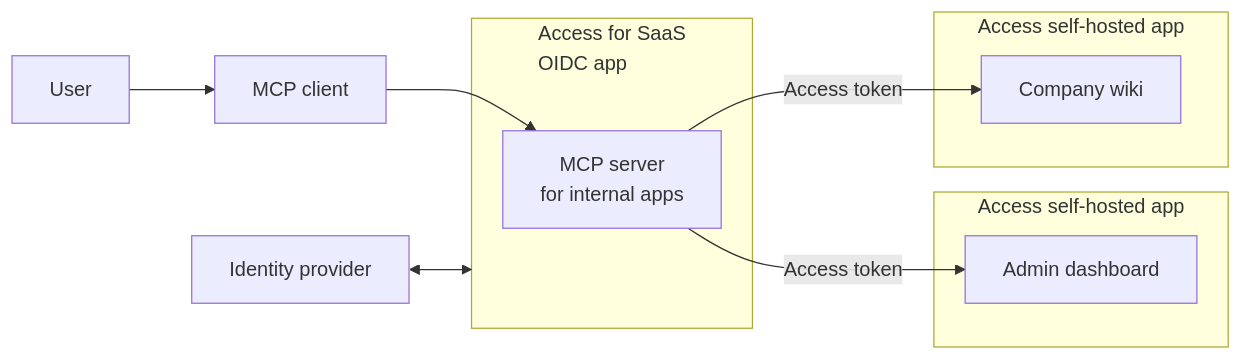
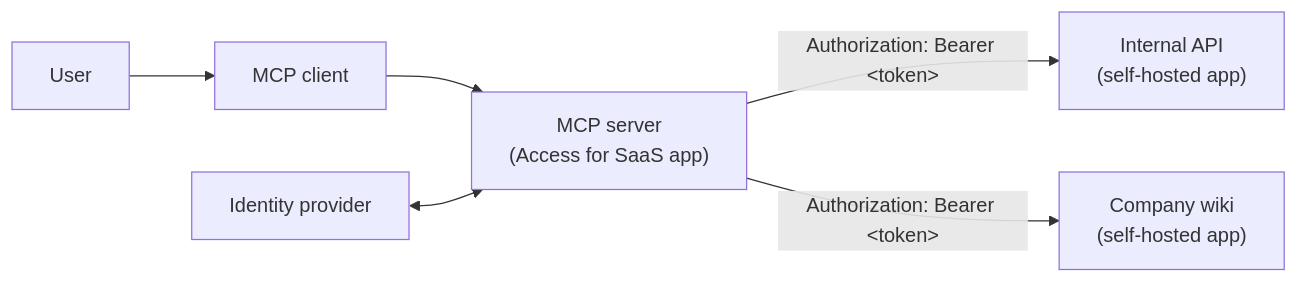
Before and after one commit to rdhanarot/cloudflare-docs: the second of 2 diagrams in src/content/docs/cloudflare-one/access-controls/ai-controls/linked-apps.mdx, drawn with Mermaid. The commit also changed other lines of this file and 11 other files, not shown here.

First line of the commit message:
[ZT] Linked app token for SaaS and self-hosted apps (#29754)

````diff
--- a/src/content/docs/cloudflare-one/access-controls/ai-controls/linked-apps.mdx
+++ b/src/content/docs/cloudflare-one/access-controls/ai-controls/linked-apps.mdx
@@ -20,21 +72,9 @@
 ```mermaid
 flowchart LR
-accTitle: Link MCP servers and self-hosted applications in Access
-    subgraph SaaS["Access for SaaS <br> OIDC app"]
-        mcp["MCP server <br> for internal apps"]
-    end
-
-    subgraph "Access self-hosted app"
-        app1[Admin dashboard]
-    end
-
-    subgraph "Access self-hosted app"
-        app2[Company wiki]
-    end
-
-		User --> client["MCP client"]
-    client --> mcp
-    mcp -- Access token --> app1
-		mcp -- Access token --> app2
-		idp[Identity provider] <--> SaaS
+accTitle: SaaS MCP server accessing internal applications
+    User --> client["MCP client"]
+    client --> mcp["MCP server <br> (Access for SaaS app)"]
+    mcp -- "Authorization: Bearer &lt;token&gt;" --> app1["Internal API <br> (self-hosted app)"]
+    mcp -- "Authorization: Bearer &lt;token&gt;" --> app2["Company wiki <br> (self-hosted app)"]
+    idp[Identity provider] <--> mcp
 ```
````
